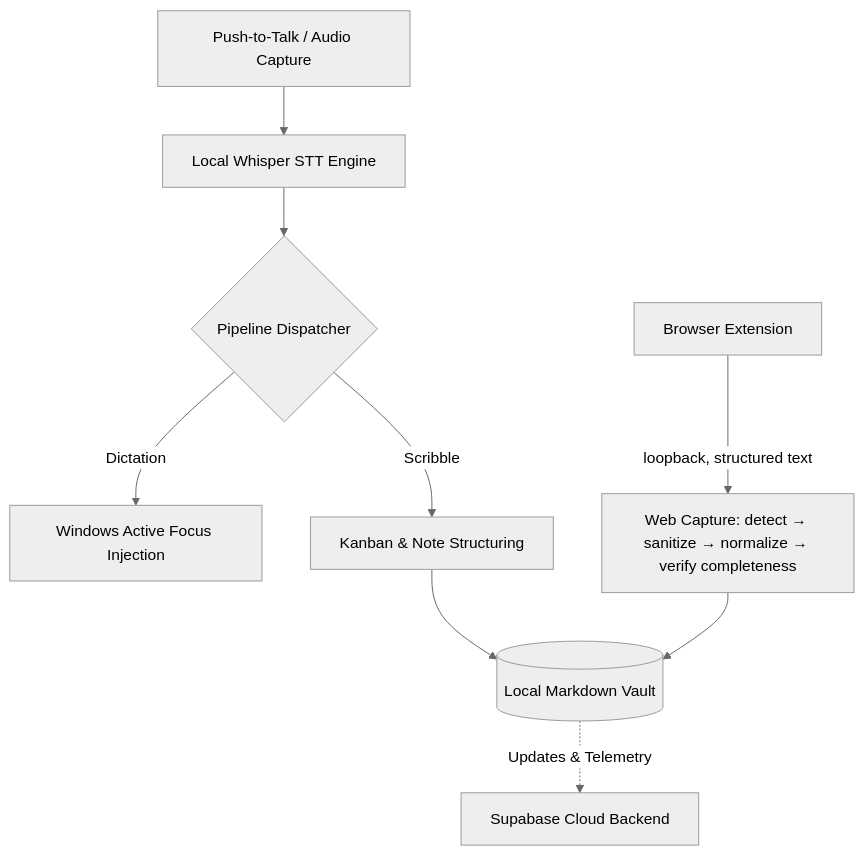
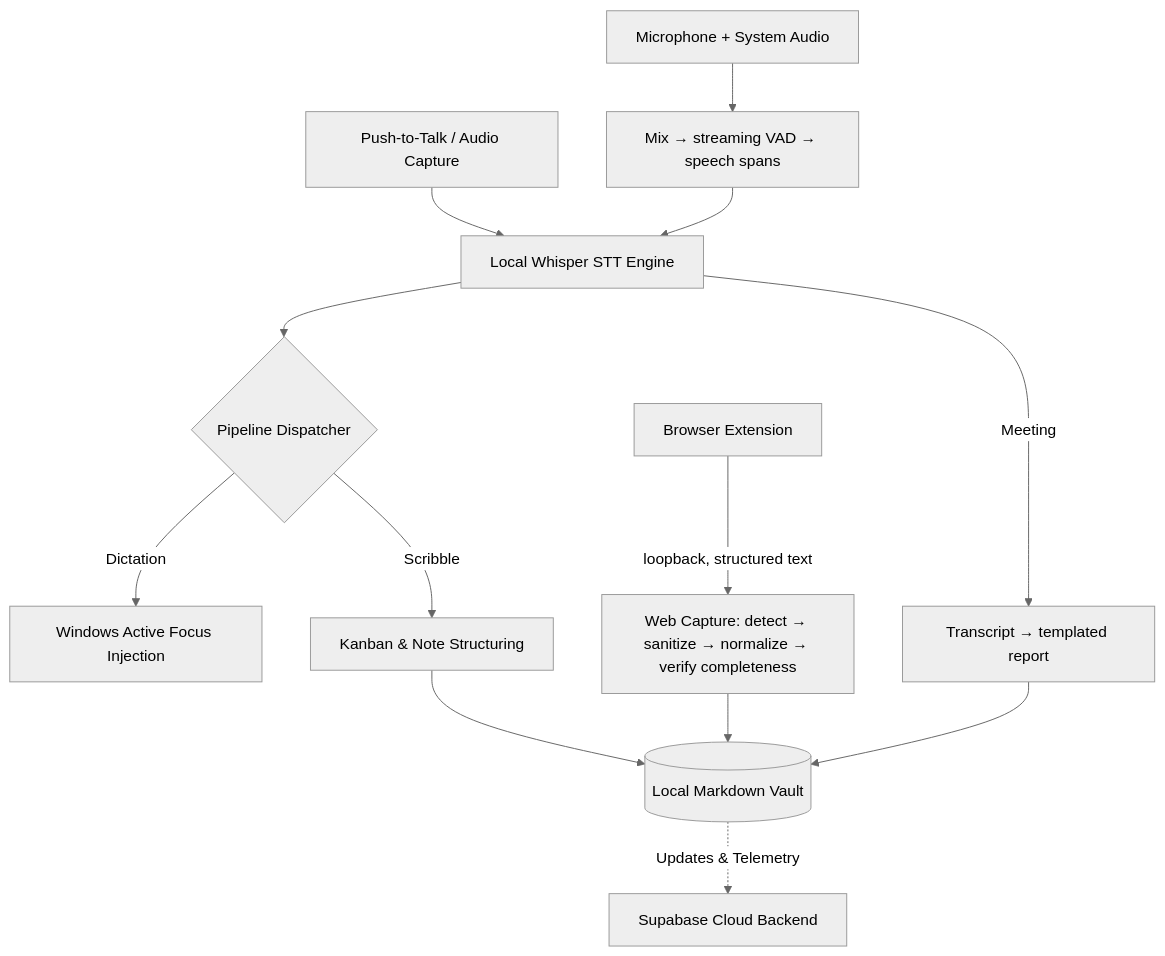
One commit to Nitinsudarshan/Vox changed the diagram in README.md. Above: the diagram before and after it, drawn with Mermaid (neutral theme). The commit also changed other lines of this file and 38 other files, not shown here.

````diff
--- a/README.md
+++ b/README.md
@@ -63,11 +64,15 @@
 ```mermaid
 flowchart TD
     A[Push-to-Talk / Audio Capture] --> B[Local Whisper STT Engine]
     B --> C{Pipeline Dispatcher}
     C -->|Dictation| D[Windows Active Focus Injection]
     C -->|Scribble| E[Kanban & Note Structuring]
+    M[Microphone + System Audio] --> N[Mix → streaming VAD → speech spans]
+    N --> B
+    B -->|Meeting| O[Transcript → templated report]
+    O --> F[(Local Markdown Vault)]
     W[Browser Extension] -->|loopback, structured text| X[Web Capture: detect → sanitize → normalize → verify completeness]
-    X --> F[(Local Markdown Vault)]
+    X --> F
     E --> F
     F -.->|Updates & Telemetry| G[Supabase Cloud Backend]
 ```
````
